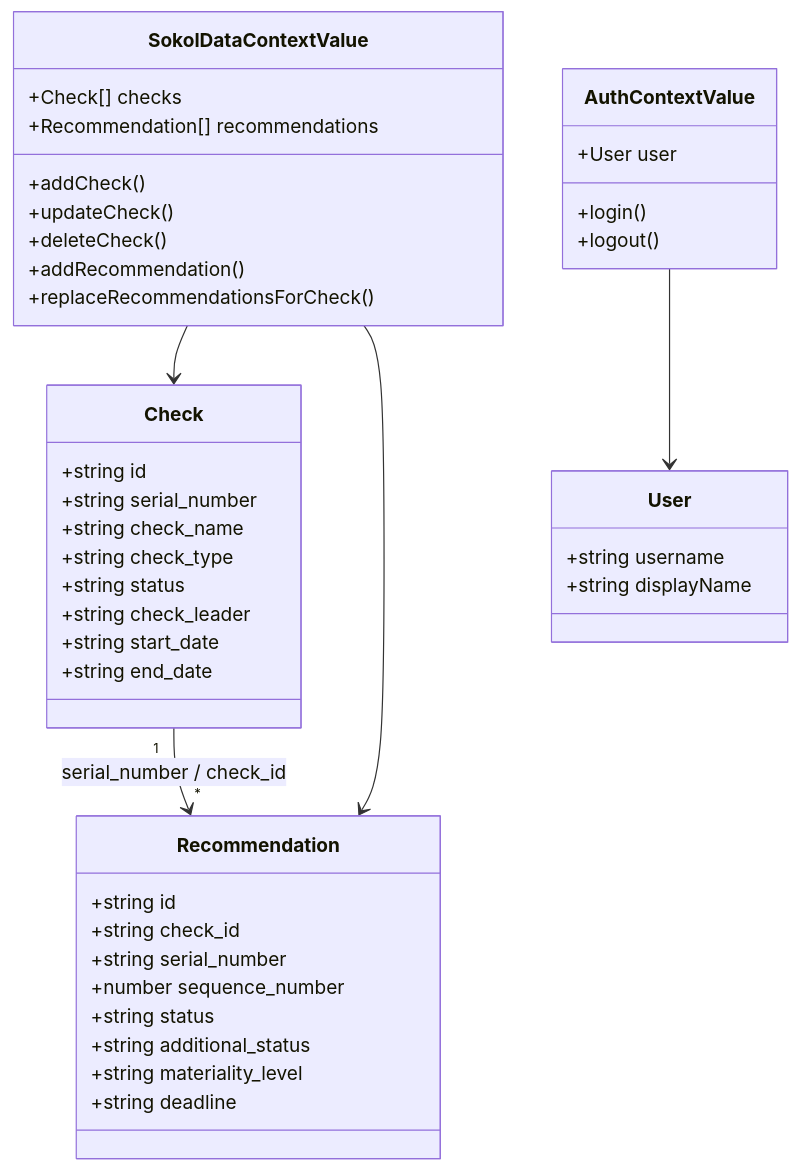
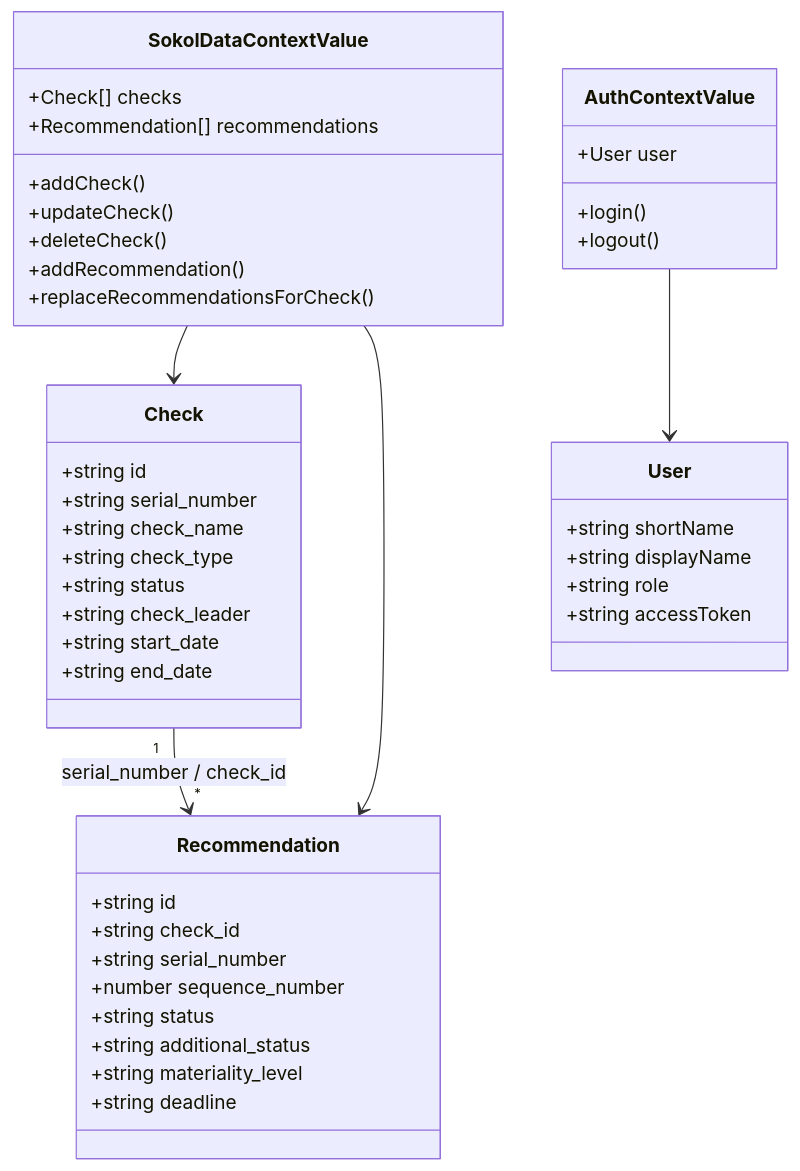
The fifth of 7 diagrams in sokol-frontend/docs/ARCHITECTURE.md (sweetd0vee/sokol), drawn with Mermaid before and after one commit. The commit also changed other lines of this file and 46 other files, not shown here.

````diff
--- a/sokol-frontend/docs/ARCHITECTURE.md
+++ b/sokol-frontend/docs/ARCHITECTURE.md
@@ -239,45 +244,47 @@
 ```mermaid
 classDiagram
   class Check {
     +string id
     +string serial_number
     +string check_name
     +string check_type
     +string status
     +string check_leader
     +string start_date
     +string end_date
   }
   class Recommendation {
     +string id
     +string check_id
     +string serial_number
     +number sequence_number
     +string status
     +string additional_status
     +string materiality_level
     +string deadline
   }
   class User {
-    +string username
+    +string shortName
     +string displayName
+    +string role
+    +string accessToken
   }
   class SokolDataContextValue {
     +Check[] checks
     +Recommendation[] recommendations
     +addCheck()
     +updateCheck()
     +deleteCheck()
     +addRecommendation()
     +replaceRecommendationsForCheck()
   }
   class AuthContextValue {
     +User user
     +login()
     +logout()
   }
   SokolDataContextValue --> Check
   SokolDataContextValue --> Recommendation
   AuthContextValue --> User
   Check "1" --> "*" Recommendation : serial_number / check_id
 ```
````
